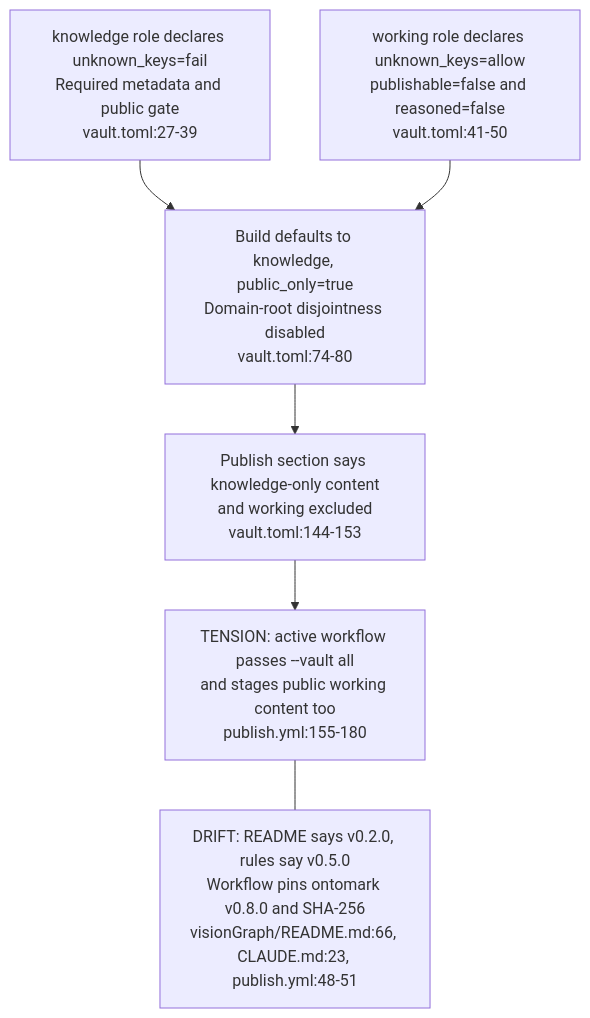
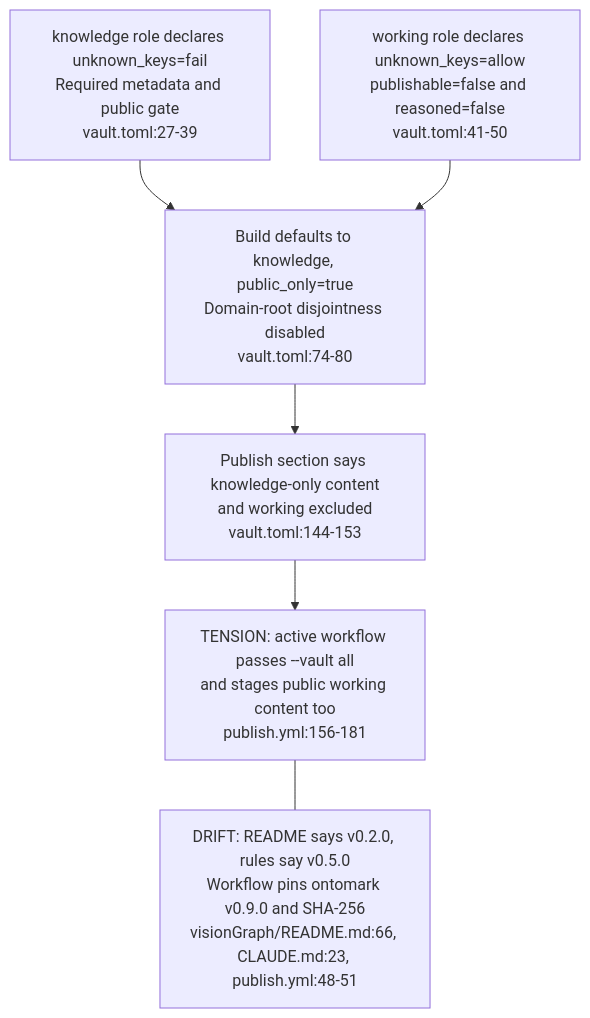
Before and after one commit to DreamLab-AI/VisionFlow: the fourth of 6 diagrams in docs/diagrams/visiongraph/01-vault-structure-and-contract.md, drawn with Mermaid. The commit also changed other lines of this file and 70 other files, not shown here.

First line of the commit message:
docs(diagrams): re-verify 69 topics at current default-branch heads

````diff
--- a/docs/diagrams/visiongraph/01-vault-structure-and-contract.md
+++ b/docs/diagrams/visiongraph/01-vault-structure-and-contract.md
@@ -93,13 +93,13 @@
 ```mermaid
 flowchart TB
     K["knowledge role declares unknown_keys=fail<br/>Required metadata and public gate<br/>vault.toml:27-39"]
     W["working role declares unknown_keys=allow<br/>publishable=false and reasoned=false<br/>vault.toml:41-50"]
     DEFAULT["Build defaults to knowledge, public_only=true<br/>Domain-root disjointness disabled<br/>vault.toml:74-80"]
     PUBLISH["Publish section says knowledge-only content<br/>and working excluded<br/>vault.toml:144-153"]
-    ACTUAL["TENSION: active workflow passes --vault all<br/>and stages public working content too<br/>publish.yml:155-180"]
+    ACTUAL["TENSION: active workflow passes --vault all<br/>and stages public working content too<br/>publish.yml:156-181"]
     K --> DEFAULT
     W --> DEFAULT
     DEFAULT --> PUBLISH --> ACTUAL
-    PIN["DRIFT: README says v0.2.0, rules say v0.5.0<br/>Workflow pins ontomark v0.8.0 and SHA-256<br/>visionGraph/README.md:66, CLAUDE.md:23, publish.yml:48-51"]
+    PIN["DRIFT: README says v0.2.0, rules say v0.5.0<br/>Workflow pins ontomark v0.9.0 and SHA-256<br/>visionGraph/README.md:66, CLAUDE.md:23, publish.yml:48-51"]
     ACTUAL --- PIN
 ```
````
